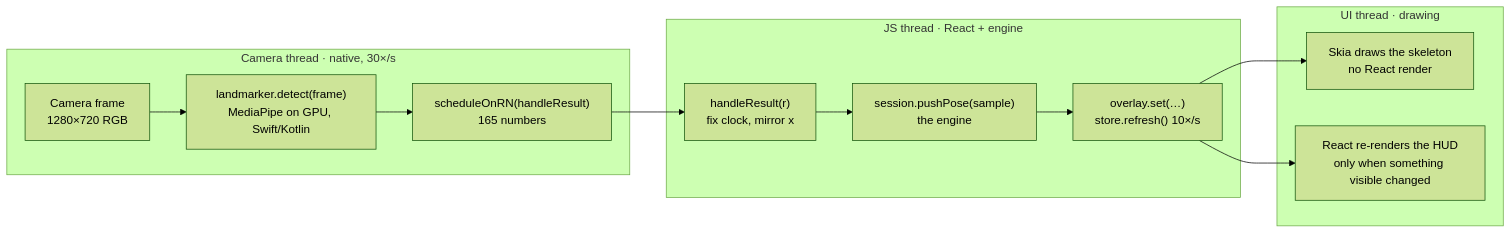
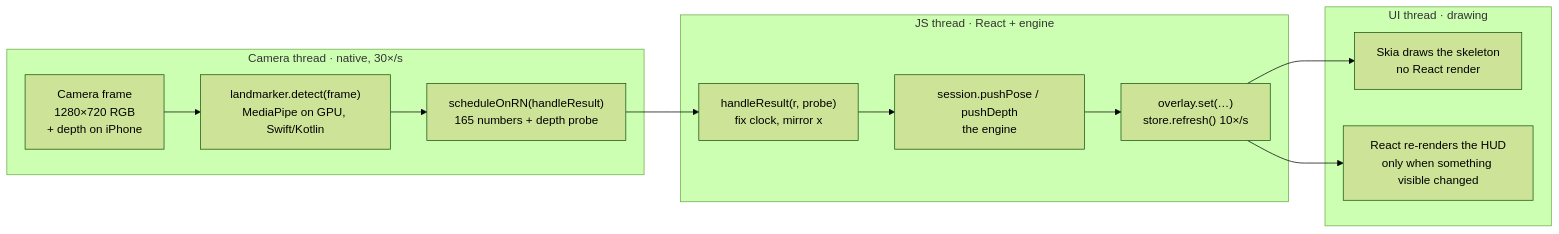
Before and after one commit to irfanayaz89/excercise-tracker: the first of 2 diagrams in docs/ARCHITECTURE.md, drawn with Mermaid (forest theme). The commit also changed other lines of this file, not shown here.

First line of the commit message:
Update architecture guide for plank and the real-person check

````diff
--- a/docs/ARCHITECTURE.md
+++ b/docs/ARCHITECTURE.md
@@ -36,16 +40,16 @@
 ```mermaid
 flowchart LR
   subgraph CAM[Camera thread · native, 30×/s]
-    A[Camera frame<br/>1280×720 RGB] --> B["landmarker.detect(frame)<br/>MediaPipe on GPU, Swift/Kotlin"] --> C["scheduleOnRN(handleResult)<br/>165 numbers"]
+    A[Camera frame<br/>1280×720 RGB<br/>+ depth on iPhone] --> B["landmarker.detect(frame)<br/>MediaPipe on GPU, Swift/Kotlin"] --> C["scheduleOnRN(handleResult)<br/>165 numbers + depth probe"]
   end
   subgraph JS[JS thread · React + engine]
-    D["handleResult(r)<br/>fix clock, mirror x"] --> E["session.pushPose(sample)<br/>the engine"] --> F["overlay.set(…)<br/>store.refresh() 10×/s"]
+    D["handleResult(r, probe)<br/>fix clock, mirror x"] --> E["session.pushPose / pushDepth<br/>the engine"] --> F["overlay.set(…)<br/>store.refresh() 10×/s"]
   end
   subgraph UI[UI thread · drawing]
     G[Skia draws the skeleton<br/>no React render]
     H[React re-renders the HUD<br/>only when something visible changed]
   end
   C --> D
   F --> G
   F --> H
 ```
````
